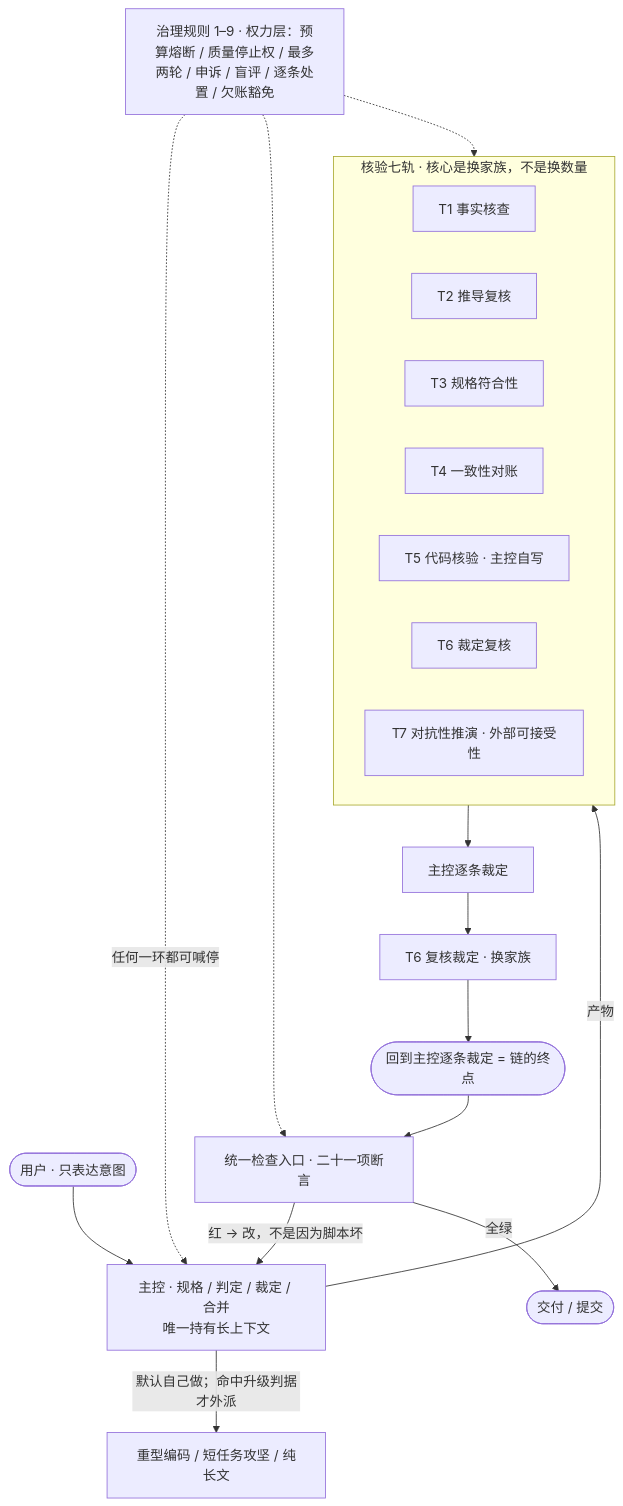
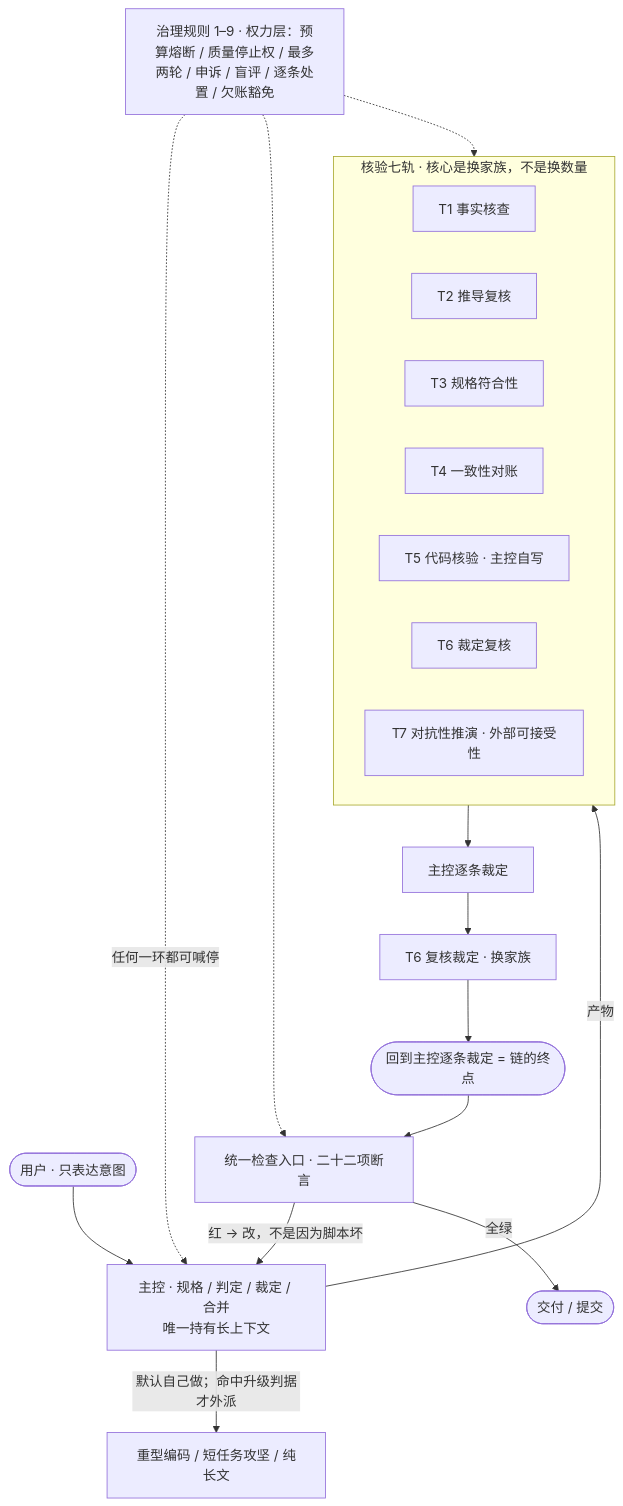
Before and after one commit to cty66699/dsh-ai-system: the diagram in README.md, drawn with Mermaid. The commit also changed other lines of this file and 7 other files, not shown here.

````diff
--- a/README.md
+++ b/README.md
@@ -331,29 +331,29 @@
 ```mermaid
 flowchart TB
   U(["用户 · 只表达意图"]) --> M["主控 · 规格 / 判定 / 裁定 / 合并<br/>唯一持有长上下文"]
   M -->|"默认自己做；命中升级判据才外派"| ESC["重型编码 / 短任务攻坚 / 纯长文"]
 
   subgraph V["核验七轨 · 核心是换家族，不是换数量"]
     direction LR
     T1["T1 事实核查"]
     T2["T2 推导复核"]
     T3["T3 规格符合性"]
     T4["T4 一致性对账"]
     T5["T5 代码核验 · 主控自写"]
     T6["T6 裁定复核"]
     T7["T7 对抗性推演 · 外部可接受性"]
   end
 
   M -->|"产物"| V
   V --> DISP["主控逐条裁定"]
   DISP --> T6R["T6 复核裁定 · 换家族"]
   T6R --> END(["回到主控逐条裁定 = 链的终点"])
-  END --> GATE["统一检查入口 · 二十一项断言"]
+  END --> GATE["统一检查入口 · 二十二项断言"]
   GATE -->|"红 → 改，不是因为脚本坏"| M
   GATE -->|"全绿"| OUT(["交付 / 提交"])
 
   POWER["治理规则 1–9 · 权力层：预算熔断 / 质量停止权 / 最多两轮 / 申诉 / 盲评 / 逐条处置 / 欠账豁免"]
   POWER -.->|"任何一环都可喊停"| M
   POWER -.-> V
   POWER -.-> GATE
 ```
````
